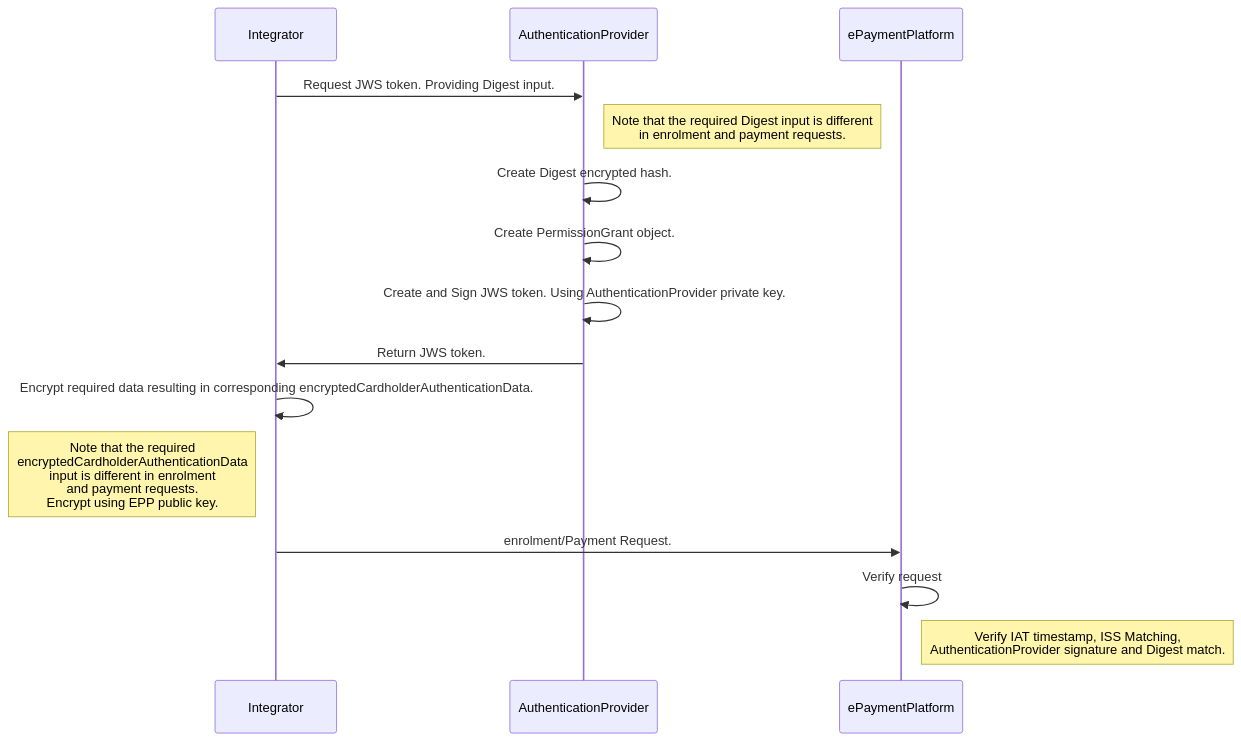
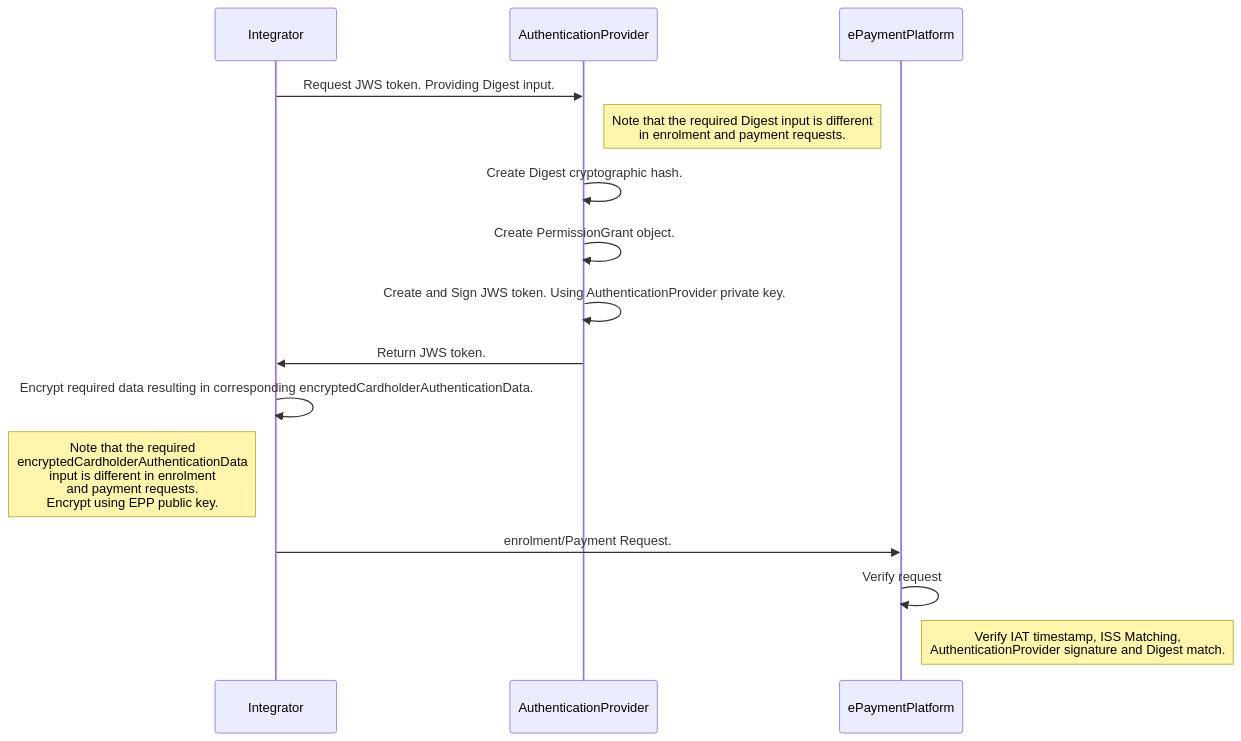
One commit to BankAxept/bankaxept-epayment-development-kit changed the third of 4 diagrams in docs/authentication_interoperability.md. Above: the diagram before and after it, drawn with Mermaid. The commit also changed other lines of this file and 3 other files, not shown here.

````diff
--- a/docs/authentication_interoperability.md
+++ b/docs/authentication_interoperability.md
@@ -98,19 +101,19 @@
 ```mermaid
 sequenceDiagram
     participant Integrator
     participant AuthenticationProvider
     participant ePaymentPlatform
     
     Integrator ->> AuthenticationProvider: Request JWS token. Providing Digest input.
     note right of AuthenticationProvider: Note that the required Digest input is different <br/>in enrolment and payment requests.
-    AuthenticationProvider ->> AuthenticationProvider: Create Digest encrypted hash.
+    AuthenticationProvider ->> AuthenticationProvider: Create Digest cryptographic hash.
     AuthenticationProvider ->> AuthenticationProvider: Create PermissionGrant object.
     AuthenticationProvider ->> AuthenticationProvider: Create and Sign JWS token. Using AuthenticationProvider private key.
     AuthenticationProvider ->> Integrator: Return JWS token.
     Integrator ->> Integrator : Encrypt required data resulting in corresponding encryptedCardholderAuthenticationData.
     note left of Integrator: Note that the required <br/>encryptedCardholderAuthenticationData <br/> input is different in enrolment<br/> and payment requests. <br/> Encrypt using EPP public key.
 
     Integrator ->> ePaymentPlatform: enrolment/Payment Request.
     ePaymentPlatform ->> ePaymentPlatform: Verify request
     note right of ePaymentPlatform: Verify IAT timestamp, ISS Matching, <br/> AuthenticationProvider signature and Digest match.
 ```
````
